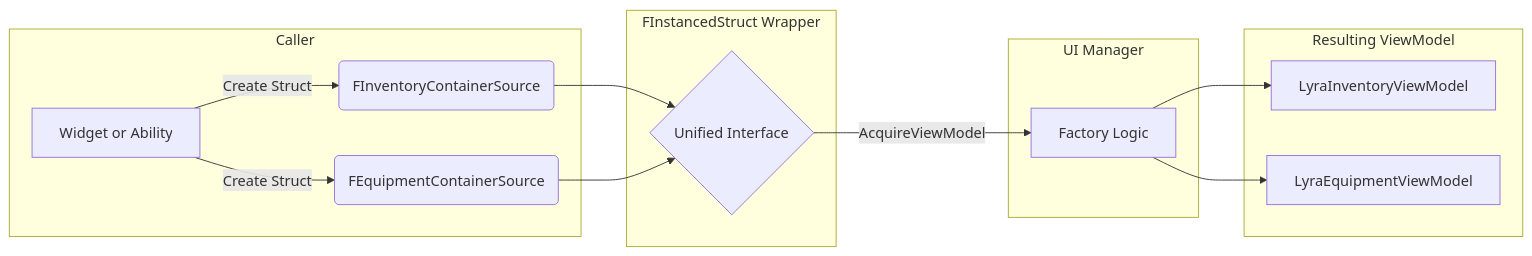
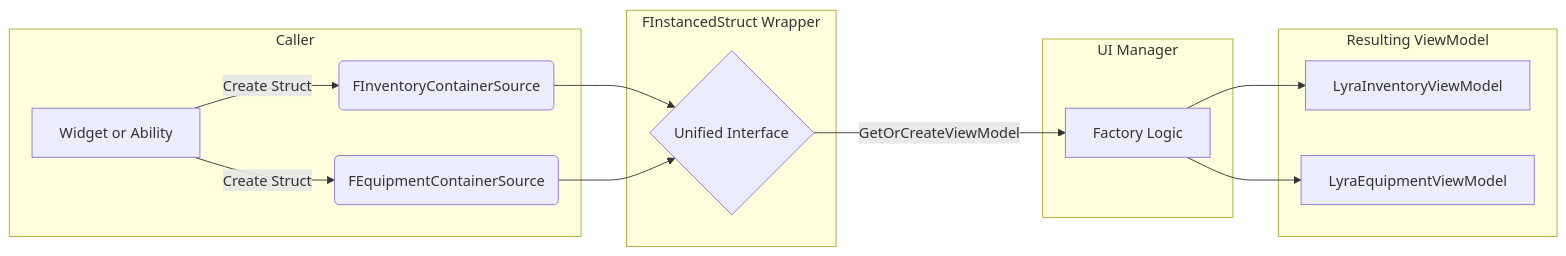
Before and after one commit to outliyr/outliyr-docs: the first of 2 diagrams in outliyr-framework/docs/base-lyra-modified/ui/item-container-ui-system/core-architecture-and-data-structures/README.md, drawn with Mermaid. The commit also changed other lines of this file and 228 other files, not shown here.

````diff
--- a/outliyr-framework/docs/base-lyra-modified/ui/item-container-ui-system/core-architecture-and-data-structures/README.md
+++ b/outliyr-framework/docs/base-lyra-modified/ui/item-container-ui-system/core-architecture-and-data-structures/README.md
@@ -32,21 +32,21 @@
 ```mermaid
 graph LR
     subgraph Caller
         A[Widget or Ability] -->|Create Struct| B(FInventoryContainerSource)
         A -->|Create Struct| C(FEquipmentContainerSource)
     end
 
     subgraph PolymorphicWrapper ["FInstancedStruct Wrapper"]
         B --> D{Unified Interface}
         C --> D
     end
 
     subgraph UIManager ["UI Manager"]
-        D -->|AcquireViewModel| E[Factory Logic]
+        D -->|GetOrCreateViewModel| E[Factory Logic]
     end
 
     subgraph Output ["Resulting ViewModel"]
         E --> F[LyraInventoryViewModel]
         E --> G[LyraEquipmentViewModel]
     end
 ```
````
